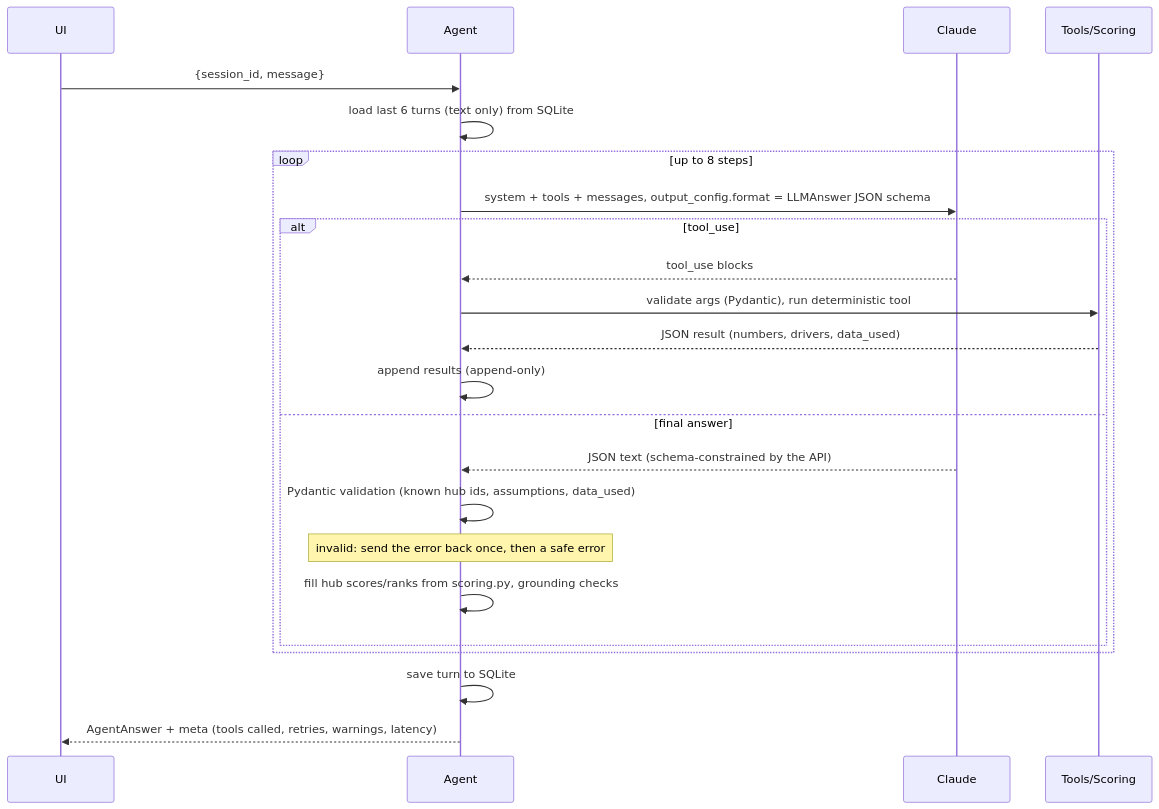
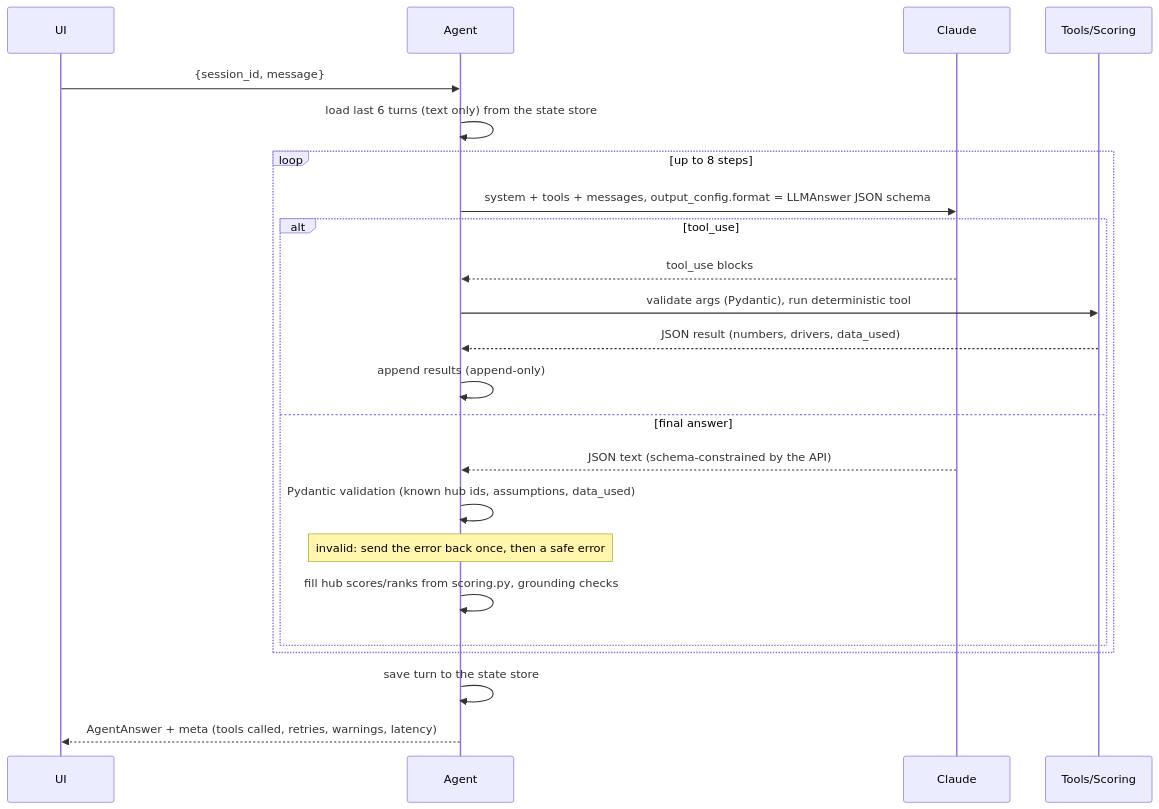
One commit to contactTAM/weather-risk-agent changed the second of 2 diagrams in docs/ARCHITECTURE.md. Above: the diagram before and after it, drawn with Mermaid. The commit also changed other lines of this file and 11 other files, not shown here.

````diff
--- a/docs/ARCHITECTURE.md
+++ b/docs/ARCHITECTURE.md
@@ -49,25 +53,25 @@
 ```mermaid
 sequenceDiagram
   participant U as UI
   participant A as Agent
   participant C as Claude
   participant T as Tools/Scoring
   U->>A: {session_id, message}
-  A->>A: load last 6 turns (text only) from SQLite
+  A->>A: load last 6 turns (text only) from the state store
   loop up to 8 steps
     A->>C: system + tools + messages, output_config.format = LLMAnswer JSON schema
     alt tool_use
       C-->>A: tool_use blocks
       A->>T: validate args (Pydantic), run deterministic tool
       T-->>A: JSON result (numbers, drivers, data_used)
       A->>A: append results (append-only)
     else final answer
       C-->>A: JSON text (schema-constrained by the API)
       A->>A: Pydantic validation (known hub ids, assumptions, data_used)
       Note over A: invalid: send the error back once, then a safe error
       A->>A: fill hub scores/ranks from scoring.py, grounding checks
     end
   end
-  A->>A: save turn to SQLite
+  A->>A: save turn to the state store
   A-->>U: AgentAnswer + meta (tools called, retries, warnings, latency)
 ```
````
